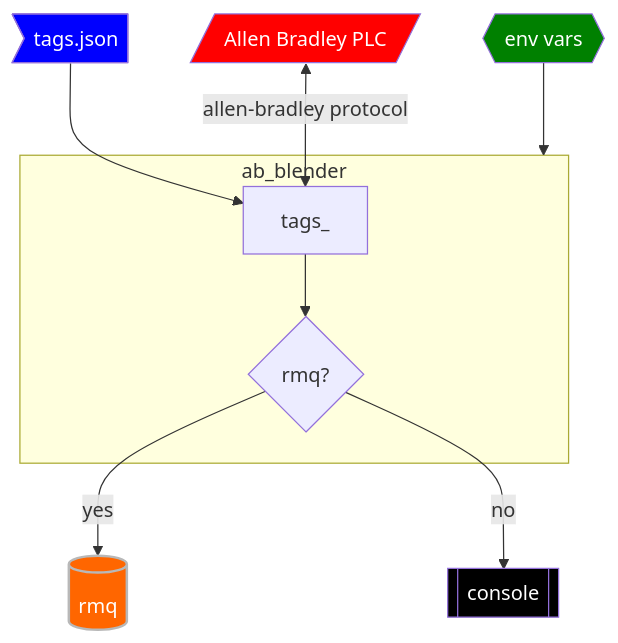
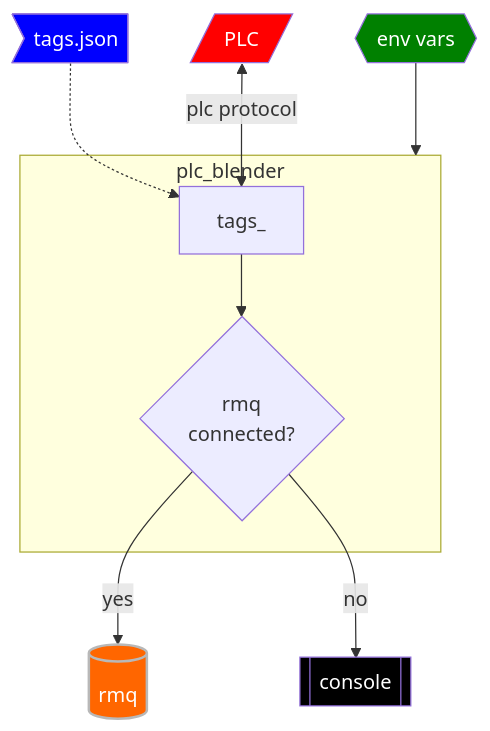
Before and after one commit to DJTakushi/ab_blender: the first of 3 diagrams in readme.md, drawn with Mermaid. The commit also changed other lines of this file, not shown here.

Commit message:
functionality diagram corrections

````diff
--- a/readme.md
+++ b/readme.md
@@ -15,26 +15,26 @@
 ``` mermaid
 flowchart TD
     tags.json>tags.json]
     style tags.json fill:#0000FF,color:#fff
 
-    plc[/Allen Bradley PLC/]
+    plc[/PLC/]
     style plc fill:#ff0000,color:#fff
 
     console[[console]]
     style console fill:#000000,color:#fff
 
     env_var{{env vars}}
     style rmq fill:#ff6600,stroke:#b8b8b8,stroke-width:2px,color:#fff
     style env_var fill:green,color:#fff
 
-    subgraph ab_blender
+    subgraph plc_blender
         tags_
-        tags_ --> is_rmq{rmq?}
+        tags_ --> is_rmq{rmq<br>connected?}
     end
 
-    tags.json --> tags_
-    env_var --> ab_blender
-    plc <-- allen-bradley protocol --> tags_
+    tags.json -.-> tags_
+    env_var --> plc_blender
+    plc <-- plc protocol --> tags_
     is_rmq  -- yes --> rmq[(rmq)]
     is_rmq -- no --> console
 ```
````
